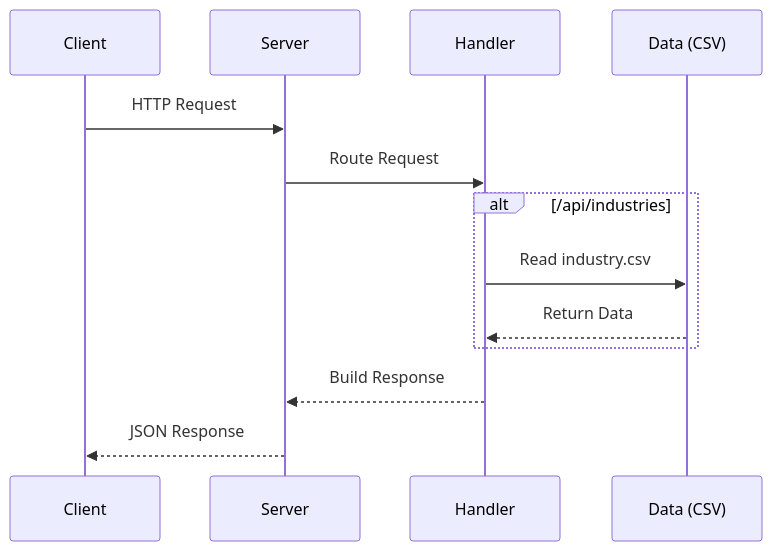
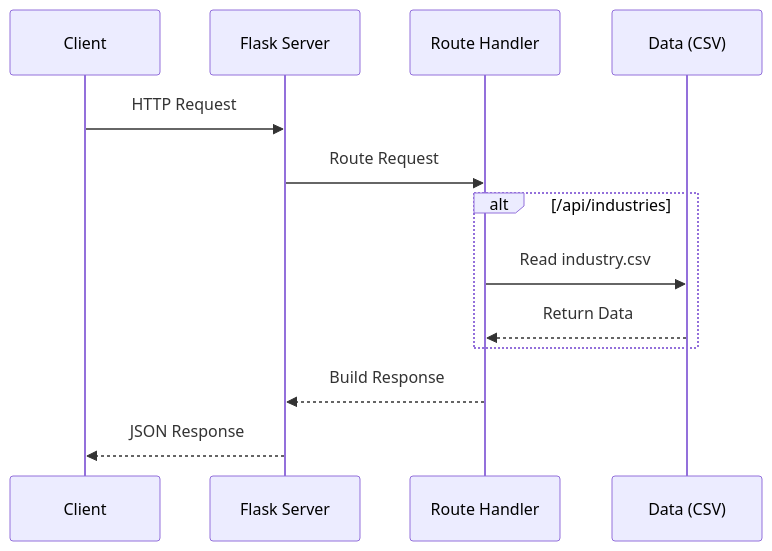
The second of 2 diagrams in README.md (Sandeep02Kumar02/17-dec-Sandeep-branch), drawn with Mermaid before and after one commit. The commit also changed other lines of this file and 4 other files, not shown here.

First line of the commit message:
feat: Convert Node.js server to Python 3 Flask application

````diff
--- a/README.md
+++ b/README.md
@@ -265,16 +288,16 @@
 ```mermaid
 sequenceDiagram
     participant C as Client
-    participant S as Server
-    participant H as Handler
+    participant S as Flask Server
+    participant H as Route Handler
     participant D as Data (CSV)
     
     C->>S: HTTP Request
     S->>H: Route Request
     alt /api/industries
         H->>D: Read industry.csv
         D-->>H: Return Data
     end
     H-->>S: Build Response
     S-->>C: JSON Response
 ```
````
